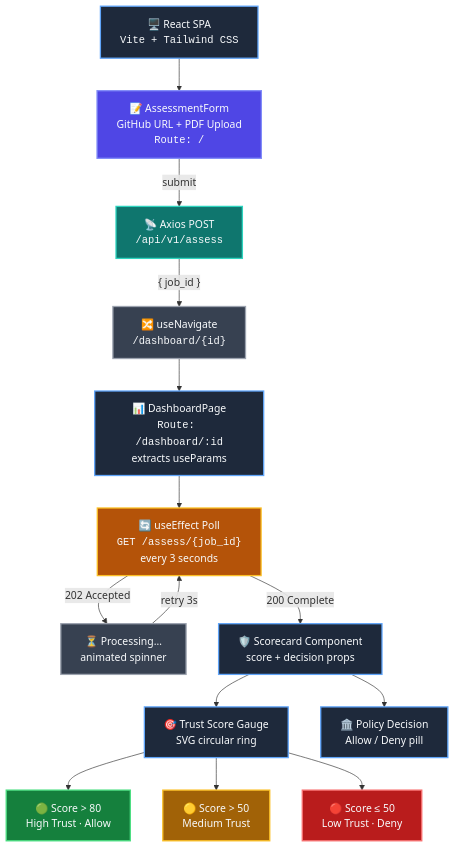
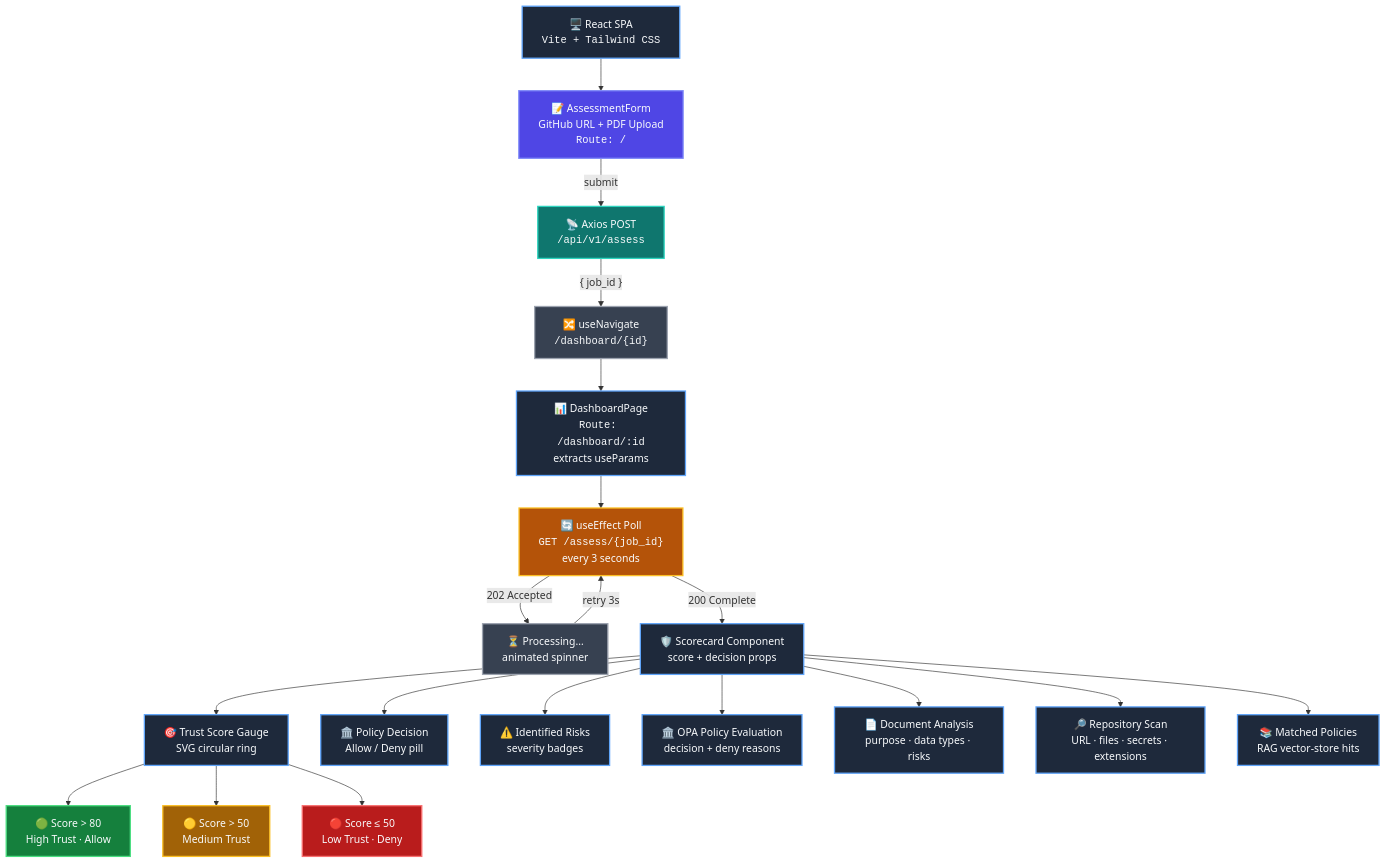
One commit to Nits02/aerae-accelerator changed the sixth of 6 diagrams in README.md. Above: the diagram before and after it, drawn with Mermaid. The commit also changed other lines of this file and 6 other files, not shown here.

````diff
--- a/README.md
+++ b/README.md
@@ -262,39 +265,44 @@
 ```mermaid
 flowchart TD
     classDef uiStyle fill:#1e293b,stroke:#60a5fa,stroke-width:2px,color:#f8fafc
     classDef formStyle fill:#4f46e5,stroke:#818cf8,stroke-width:2px,color:#f8fafc
     classDef apiStyle fill:#0f766e,stroke:#2dd4bf,stroke-width:2px,color:#f8fafc
     classDef pollStyle fill:#b45309,stroke:#fbbf24,stroke-width:2px,color:#f8fafc
     classDef greenStyle fill:#15803d,stroke:#4ade80,stroke-width:2px,color:#f8fafc
     classDef yellowStyle fill:#a16207,stroke:#fbbf24,stroke-width:2px,color:#f8fafc
     classDef redStyle fill:#b91c1c,stroke:#f87171,stroke-width:2px,color:#f8fafc
     classDef stateStyle fill:#374151,stroke:#9ca3af,stroke-width:2px,color:#f8fafc
 
     UI["🖥️ React SPA<br><code>Vite + Tailwind CSS</code>"]:::uiStyle
     FORM["📝 AssessmentForm<br>GitHub URL + PDF Upload<br><code>Route: /</code>"]:::formStyle
     POST["📡 Axios POST<br><code>/api/v1/assess</code>"]:::apiStyle
     NAV["🔀 useNavigate<br><code>/dashboard/{id}</code>"]:::stateStyle
     DASH["📊 DashboardPage<br><code>Route: /dashboard/:id</code><br>extracts useParams"]:::uiStyle
     POLL["🔄 useEffect Poll<br><code>GET /assess/{job_id}</code><br>every 3 seconds"]:::pollStyle
     PROC["⏳ Processing…<br>animated spinner"]:::stateStyle
     CARD["🛡️ Scorecard Component<br>score + decision props"]:::uiStyle
     SCORE["🎯 Trust Score Gauge<br>SVG circular ring"]:::uiStyle
     GATE["🏛️ Policy Decision<br>Allow / Deny pill"]:::uiStyle
     GREEN["🟢 Score > 80<br>High Trust · Allow"]:::greenStyle
     YELLOW["🟡 Score > 50<br>Medium Trust"]:::yellowStyle
     RED["🔴 Score ≤ 50<br>Low Trust · Deny"]:::redStyle
 
     UI --> FORM
     FORM -->|"submit"| POST
     POST -->|"{ job_id }"| NAV
     NAV --> DASH
     DASH --> POLL
     POLL -->|"202 Accepted"| PROC
     PROC -->|"retry 3s"| POLL
     POLL -->|"200 Complete"| CARD
     CARD --> SCORE
     CARD --> GATE
+    CARD --> RISKS["⚠️ Identified Risks<br>severity badges"]:::uiStyle
+    CARD --> OPA_PANEL["🏛️ OPA Policy Evaluation<br>decision + deny reasons"]:::uiStyle
+    CARD --> PDF["📄 Document Analysis<br>purpose · data types · risks"]:::uiStyle
+    CARD --> REPO["🔎 Repository Scan<br>URL · files · secrets · extensions"]:::uiStyle
+    CARD --> POLICIES["📚 Matched Policies<br>RAG vector-store hits"]:::uiStyle
     SCORE --> GREEN
     SCORE --> YELLOW
     SCORE --> RED
 ```
````
